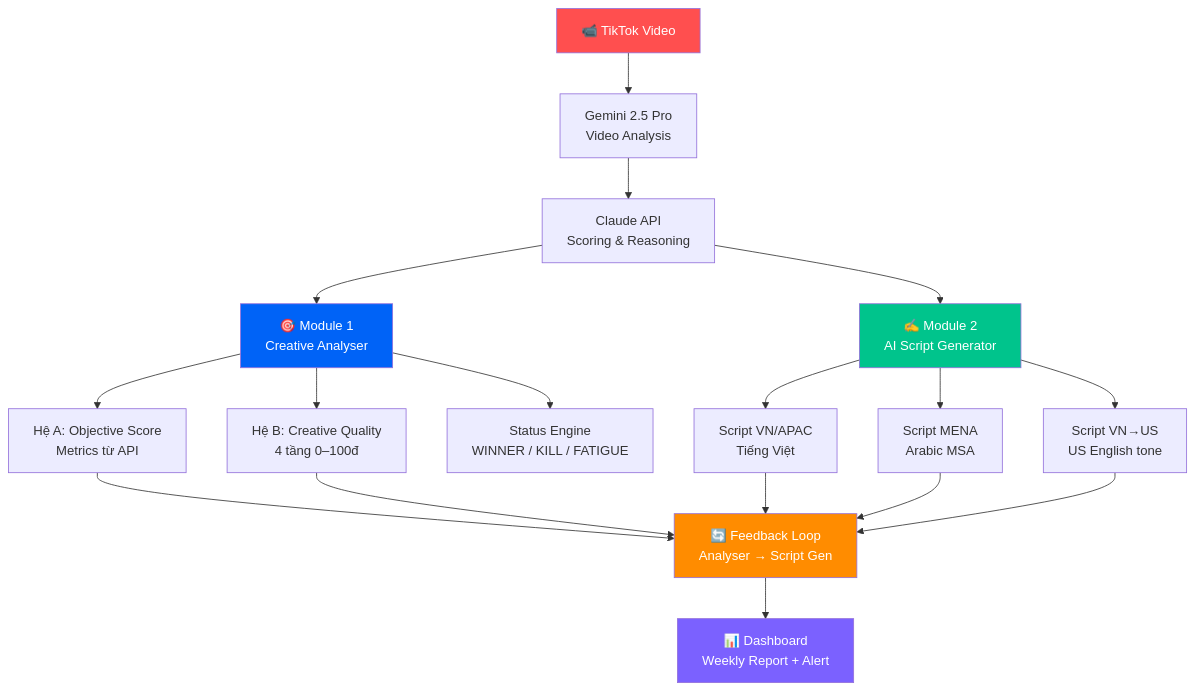
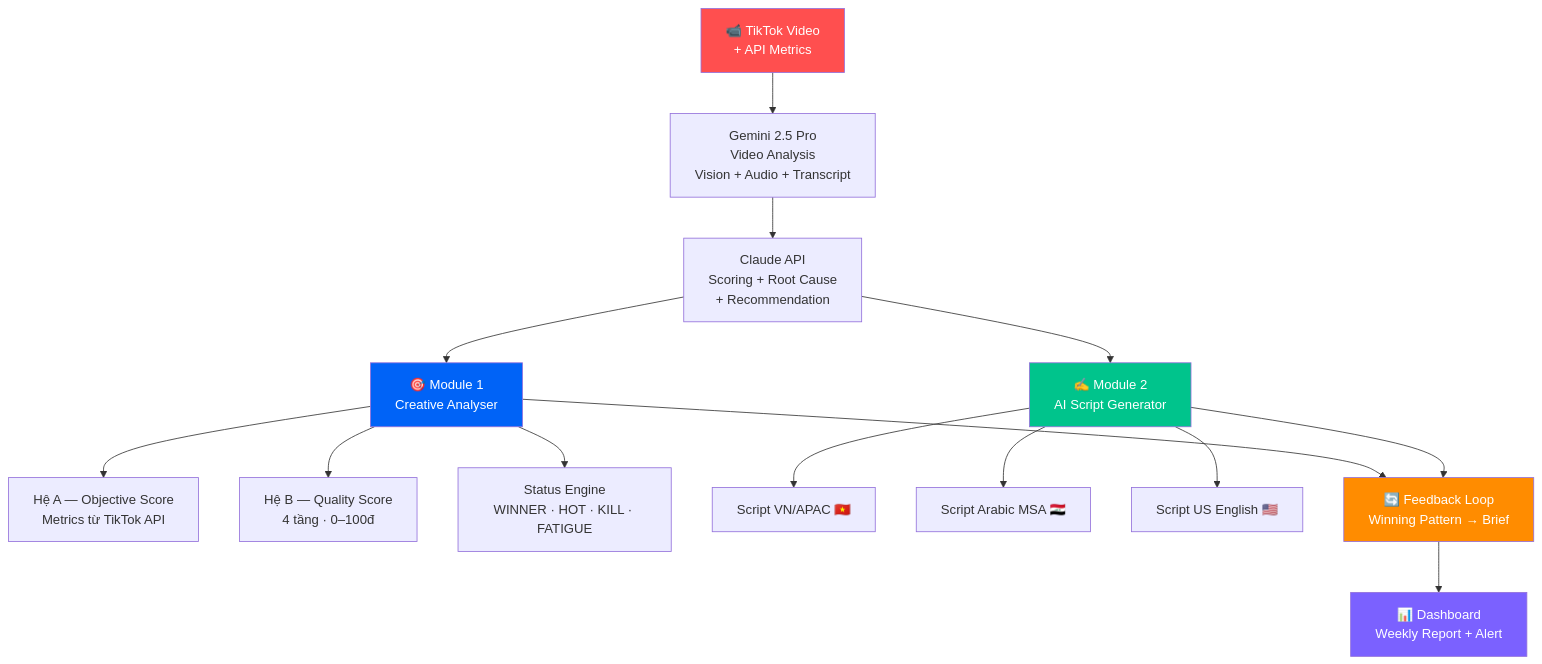
Before and after one commit to samdao39/creative-score-roadmap: the third of 5 diagrams in product_roadmap.md, drawn with Mermaid. The commit also changed other lines of this file, not shown here.

Commit message:
Update roadmap: vibecode timeline, market per phase, country details, pain points moved up

````diff
--- a/product_roadmap.md
+++ b/product_roadmap.md
@@ -98,30 +129,26 @@
 ```mermaid
 flowchart TD
-    A[📹 TikTok Video] --> B[Gemini 2.5 Pro\nVideo Analysis]
-    B --> C[Claude API\nScoring & Reasoning]
-    
+    A[📹 TikTok Video\n+ API Metrics] --> B[Gemini 2.5 Pro\nVideo Analysis\nVision + Audio + Transcript]
+    B --> C[Claude API\nScoring + Root Cause\n+ Recommendation]
+
     C --> D[🎯 Module 1\nCreative Analyser]
     C --> E[✍️ Module 2\nAI Script Generator]
-    
-    D --> D1[Hệ A: Objective Score\nMetrics từ API]
-    D --> D2[Hệ B: Creative Quality\n4 tầng 0–100đ]
-    D --> D3[Status Engine\nWINNER / KILL / FATIGUE]
-    
-    E --> E1[Script VN/APAC\nTiếng Việt]
-    E --> E2[Script MENA\nArabic MSA]
-    E --> E3[Script VN→US\nUS English tone]
-    
-    D1 --> F[🔄 Feedback Loop\nAnalyser → Script Gen]
-    D2 --> F
-    E1 --> F
-    E2 --> F
-    E3 --> F
-    
+
+    D --> D1[Hệ A — Objective Score\nMetrics từ TikTok API]
+    D --> D2[Hệ B — Quality Score\n4 tầng · 0–100đ]
+    D --> D3[Status Engine\nWINNER · HOT · KILL · FATIGUE]
+
+    E --> E1[Script VN/APAC 🇻🇳]
+    E --> E2[Script Arabic MSA 🇮🇶]
+    E --> E3[Script US English 🇺🇸]
+
+    D --> F[🔄 Feedback Loop\nWinning Pattern → Brief]
+    E --> F
     F --> G[📊 Dashboard\nWeekly Report + Alert]
 
     style A fill:#FF4F4F,color:#fff
     style D fill:#0063F7,color:#fff
     style E fill:#00C48C,color:#fff
     style G fill:#7B61FF,color:#fff
     style F fill:#FF8C00,color:#fff
 ```
````
